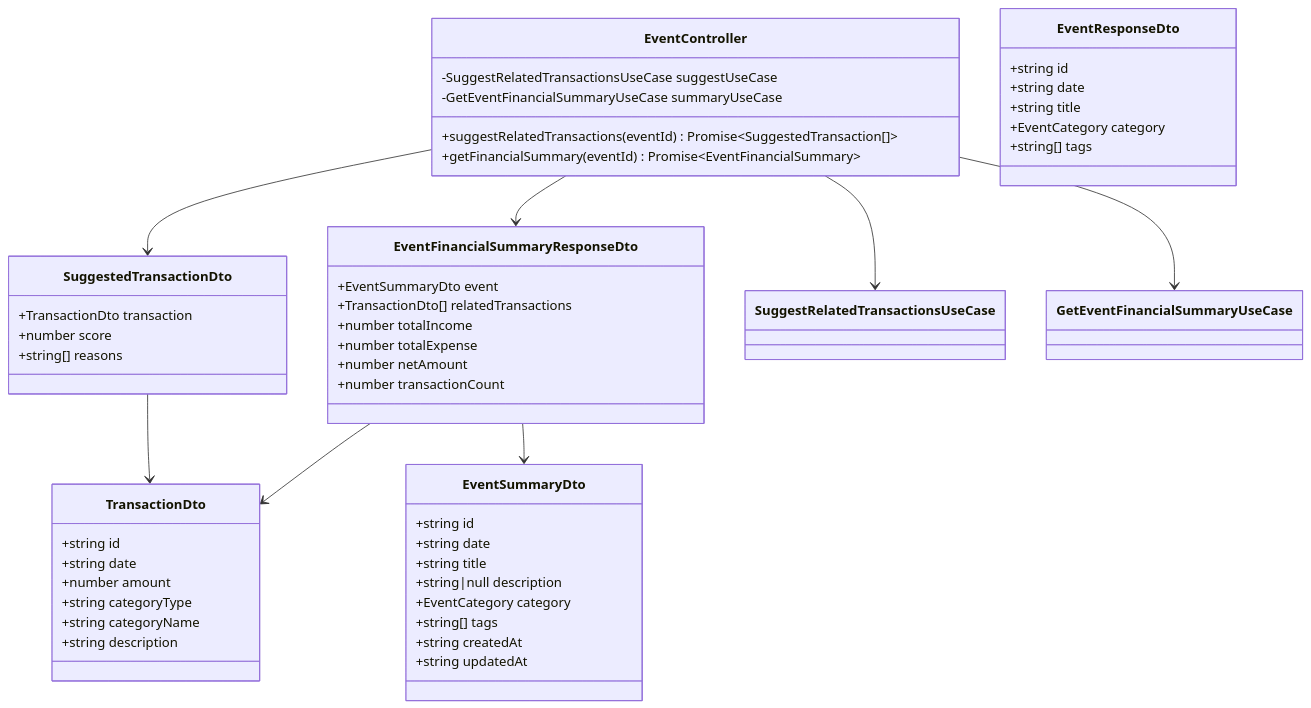
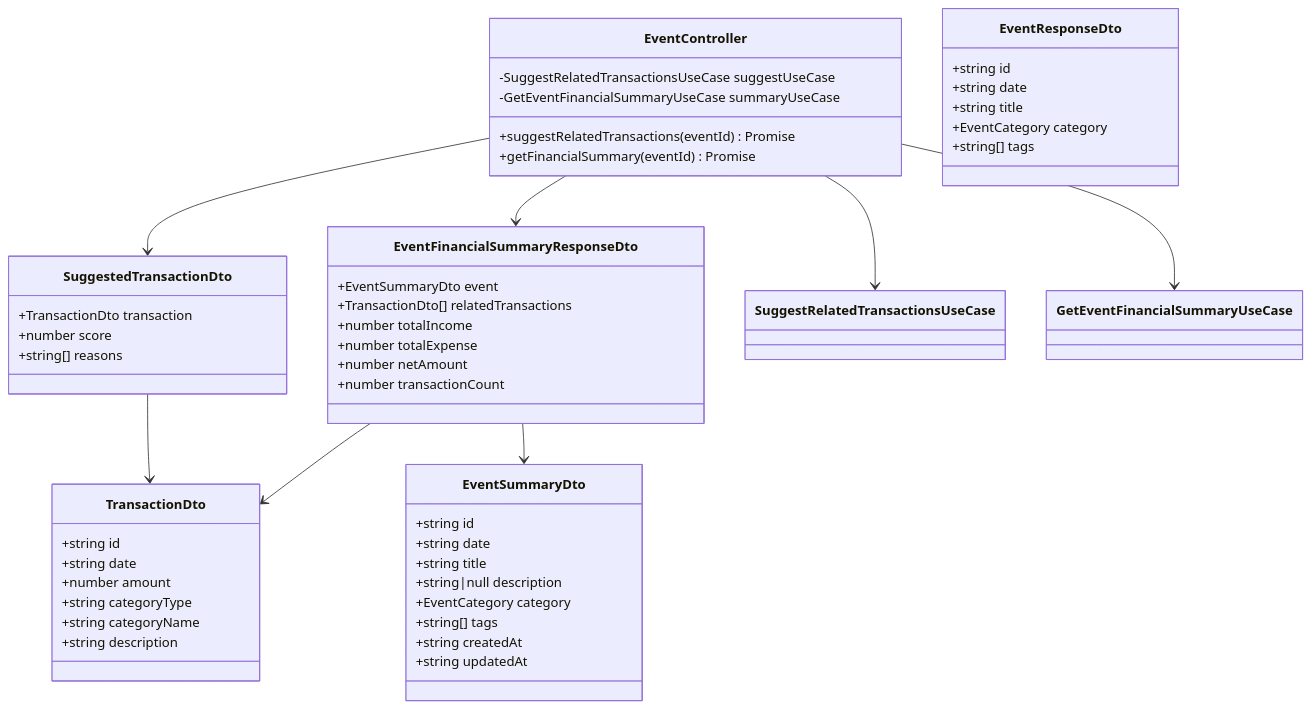
Before and after one commit to kencom2400/account-book: the fourth of 6 diagrams in docs/detailed-design/FR-022_event-transaction-link/class-diagrams.md, drawn with Mermaid. The commit also changed other lines of this file and 4 other files, not shown here.

````diff
--- a/docs/detailed-design/FR-022_event-transaction-link/class-diagrams.md
+++ b/docs/detailed-design/FR-022_event-transaction-link/class-diagrams.md
@@ -256,60 +256,60 @@
 ```mermaid
 classDiagram
     class EventController {
         -SuggestRelatedTransactionsUseCase suggestUseCase
         -GetEventFinancialSummaryUseCase summaryUseCase
-        +suggestRelatedTransactions(eventId) Promise~SuggestedTransaction[]~
-        +getFinancialSummary(eventId) Promise~EventFinancialSummary~
+        +suggestRelatedTransactions(eventId) Promise<SuggestedTransactionDto[]>
+        +getFinancialSummary(eventId) Promise<EventFinancialSummaryResponseDto>
     }
 
     class SuggestedTransactionDto {
         +TransactionDto transaction
         +number score
         +string[] reasons
     }
 
     class EventFinancialSummaryResponseDto {
         +EventSummaryDto event
         +TransactionDto[] relatedTransactions
         +number totalIncome
         +number totalExpense
         +number netAmount
         +number transactionCount
     }
 
     class EventSummaryDto {
         +string id
         +string date
         +string title
         +string|null description
         +EventCategory category
         +string[] tags
         +string createdAt
         +string updatedAt
     }
 
     class TransactionDto {
         +string id
         +string date
         +number amount
         +string categoryType
         +string categoryName
         +string description
     }
 
     class EventResponseDto {
         +string id
         +string date
         +string title
         +EventCategory category
         +string[] tags
     }
 
     EventController --> SuggestRelatedTransactionsUseCase
     EventController --> GetEventFinancialSummaryUseCase
     EventController --> SuggestedTransactionDto
     EventController --> EventFinancialSummaryResponseDto
     SuggestedTransactionDto --> TransactionDto
     EventFinancialSummaryResponseDto --> EventSummaryDto
     EventFinancialSummaryResponseDto --> TransactionDto
 ```
````
